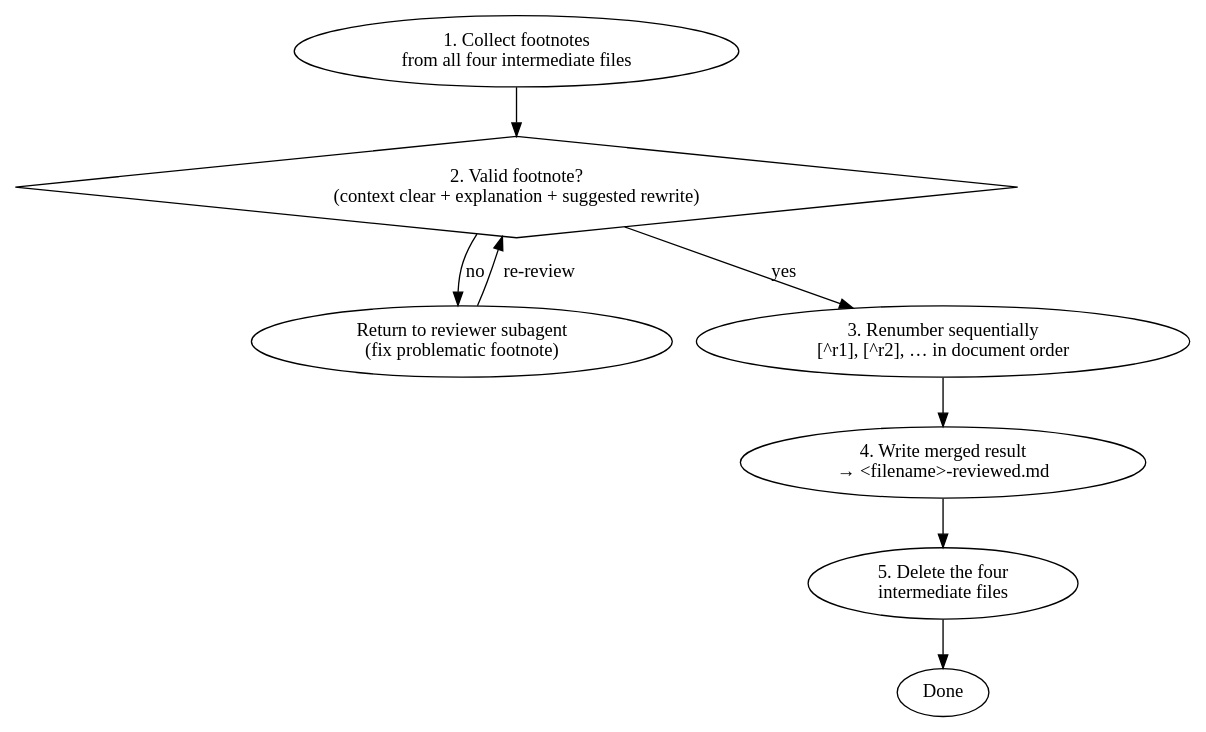
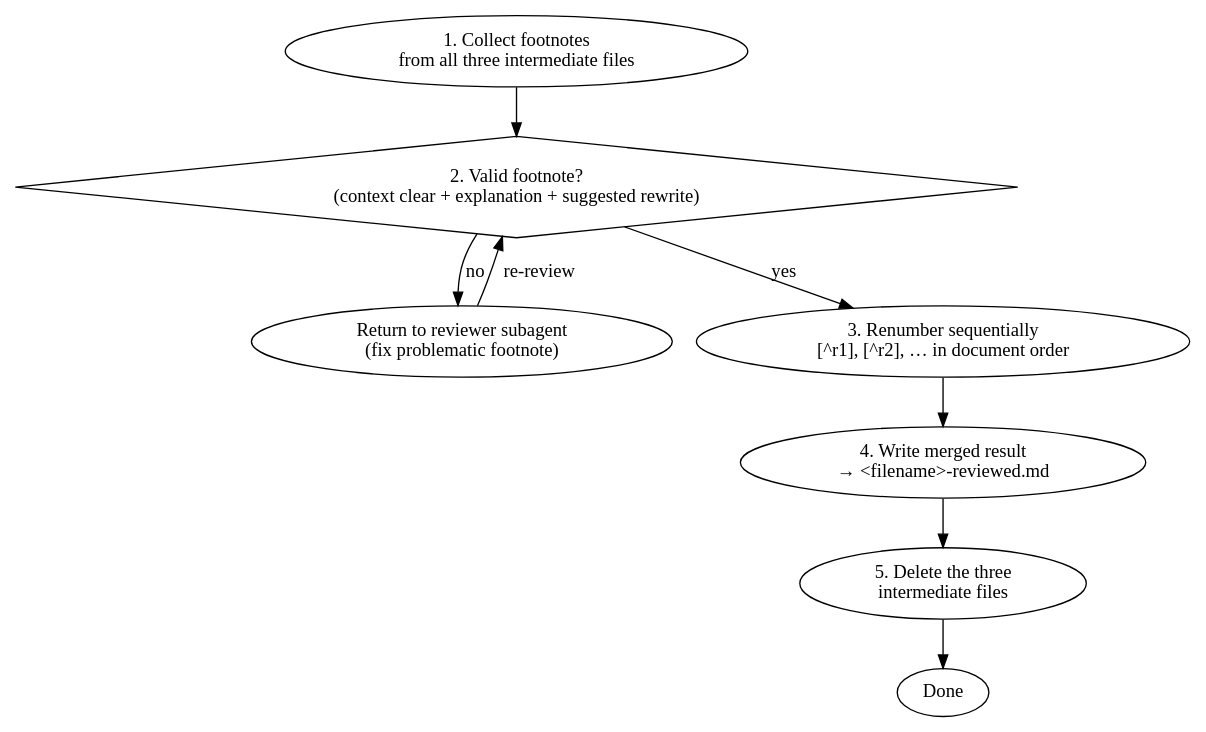
The second of 2 diagrams in skills/review-article/SKILL.md (simonsteiger/academic-claude), drawn with Graphviz before and after one commit. The commit also changed other lines of this file, not shown here.

First line of the commit message:
feat: file-handoff wording, model warning, three-file fix in review-article SKILL

````diff
--- a/skills/review-article/SKILL.md
+++ b/skills/review-article/SKILL.md
@@ -69,19 +76,19 @@
 ```dot
 digraph footnote_merge {
-    collect [label="1. Collect footnotes\nfrom all four intermediate files"]
+    collect [label="1. Collect footnotes\nfrom all three intermediate files"]
     check   [label="2. Valid footnote?\n(context clear + explanation + suggested rewrite)", shape=diamond]
     return  [label="Return to reviewer subagent\n(fix problematic footnote)"]
     renum   [label="3. Renumber sequentially\n[^r1], [^r2], … in document order"]
     write   [label="4. Write merged result\n→ <filename>-reviewed.md"]
-    delete  [label="5. Delete the four\nintermediate files"]
+    delete  [label="5. Delete the three\nintermediate files"]
     done    [label="Done"]
 
     collect -> check
     check   -> renum  [label="yes"]
     check   -> return [label="no"]
     return  -> check  [label="re-review"]
     renum   -> write
     write   -> delete
     delete  -> done
 }
 ```
````
